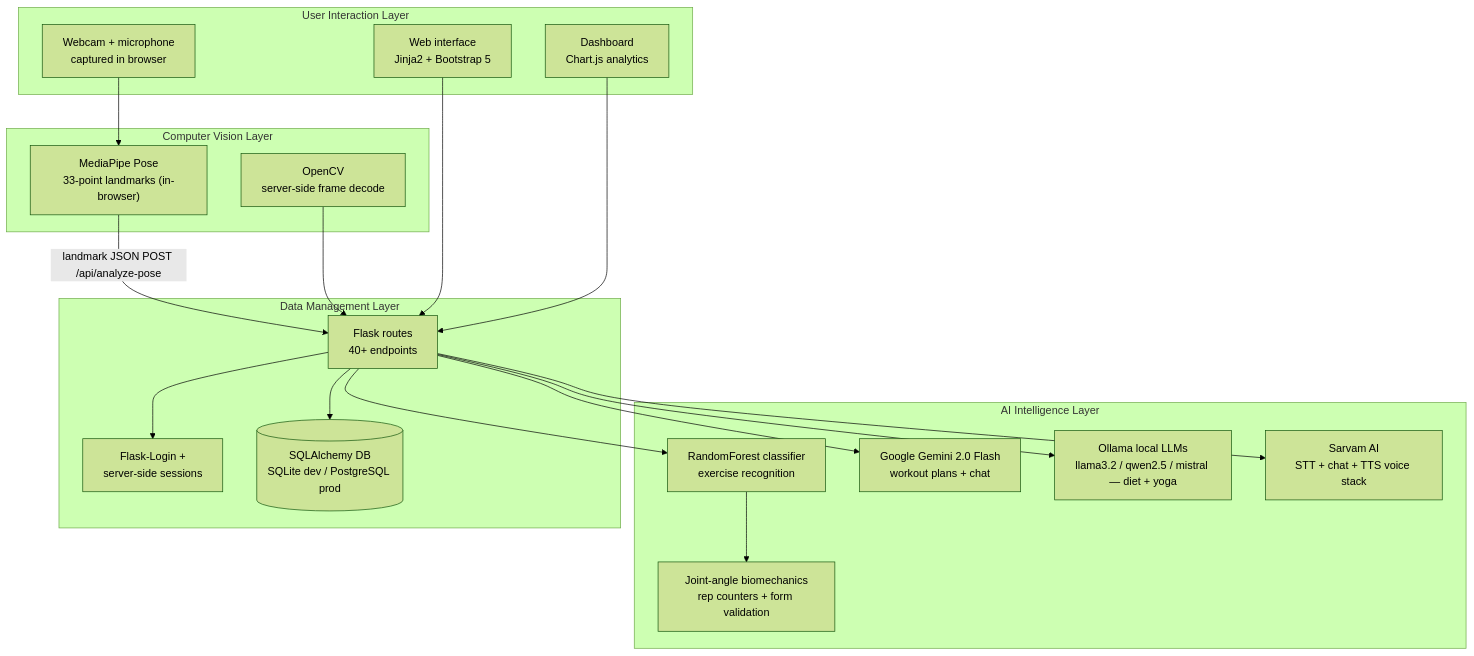
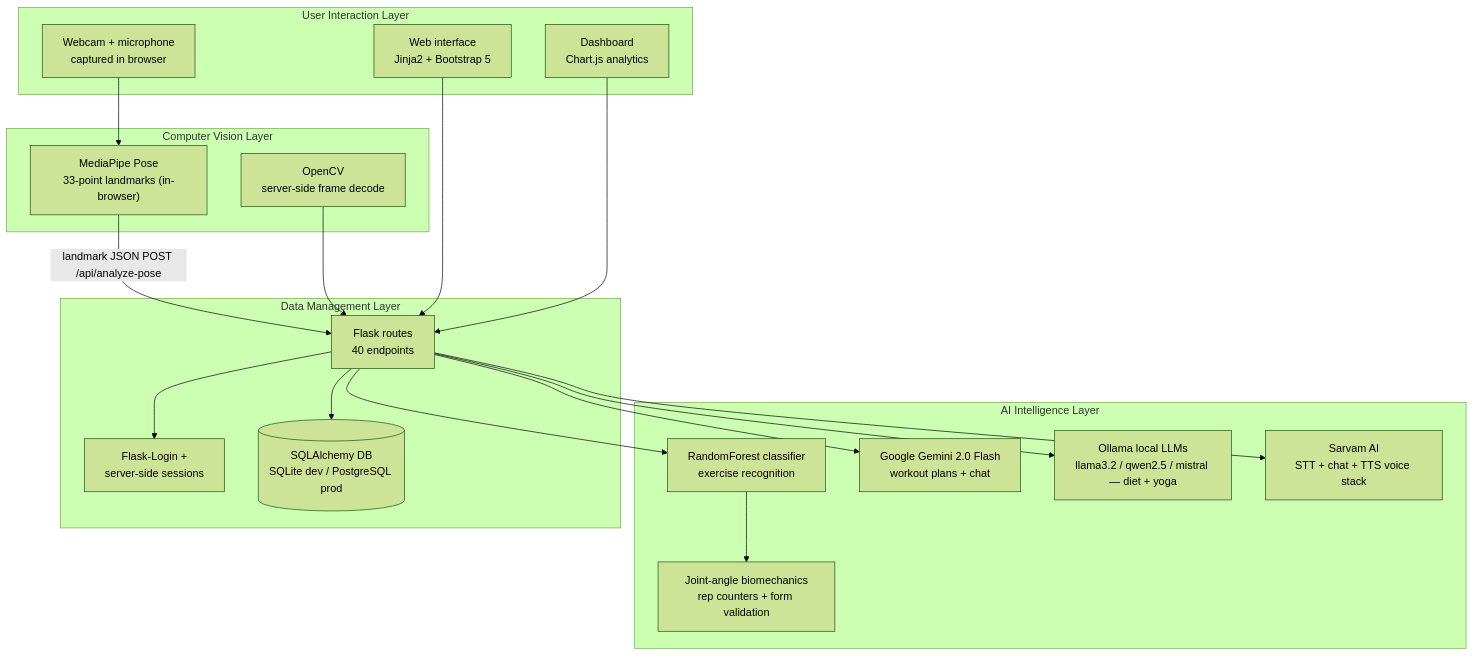
Before and after one commit to rishabhverma007/VISION-FIT-AI: the first of 10 diagrams in README.md, drawn with Mermaid (forest theme). The commit also changed other lines of this file and 1 other file, not shown here.

````diff
--- a/README.md
+++ b/README.md
@@ -151,40 +151,40 @@
 ```mermaid
 flowchart TD
     subgraph L1["User Interaction Layer"]
         UI["Web interface<br/>Jinja2 + Bootstrap 5"]
         CAM["Webcam + microphone<br/>captured in browser"]
         DASH["Dashboard<br/>Chart.js analytics"]
     end
 
     subgraph L2["Computer Vision Layer"]
         MP["MediaPipe Pose<br/>33-point landmarks (in-browser)"]
         CV["OpenCV<br/>server-side frame decode"]
     end
 
     subgraph L3["AI Intelligence Layer"]
         ML["RandomForest classifier<br/>exercise recognition"]
         BIO["Joint-angle biomechanics<br/>rep counters + form validation"]
         GEM["Google Gemini 2.0 Flash<br/>workout plans + chat"]
         OLL["Ollama local LLMs<br/>llama3.2 / qwen2.5 / mistral — diet + yoga"]
         SV["Sarvam AI<br/>STT + chat + TTS voice stack"]
     end
 
     subgraph L4["Data Management Layer"]
-        FL["Flask routes<br/>40+ endpoints"]
+        FL["Flask routes<br/>40 endpoints"]
         AUTH["Flask-Login +<br/>server-side sessions"]
         DB[("SQLAlchemy DB<br/>SQLite dev / PostgreSQL prod")]
     end
 
     CAM --> MP
     MP -->|"landmark JSON POST /api/analyze-pose"| FL
     CV --> FL
     UI --> FL
     DASH --> FL
     FL --> AUTH
     FL --> DB
     FL --> ML
     ML --> BIO
     FL --> GEM
     FL --> OLL
     FL --> SV
 ```
````
